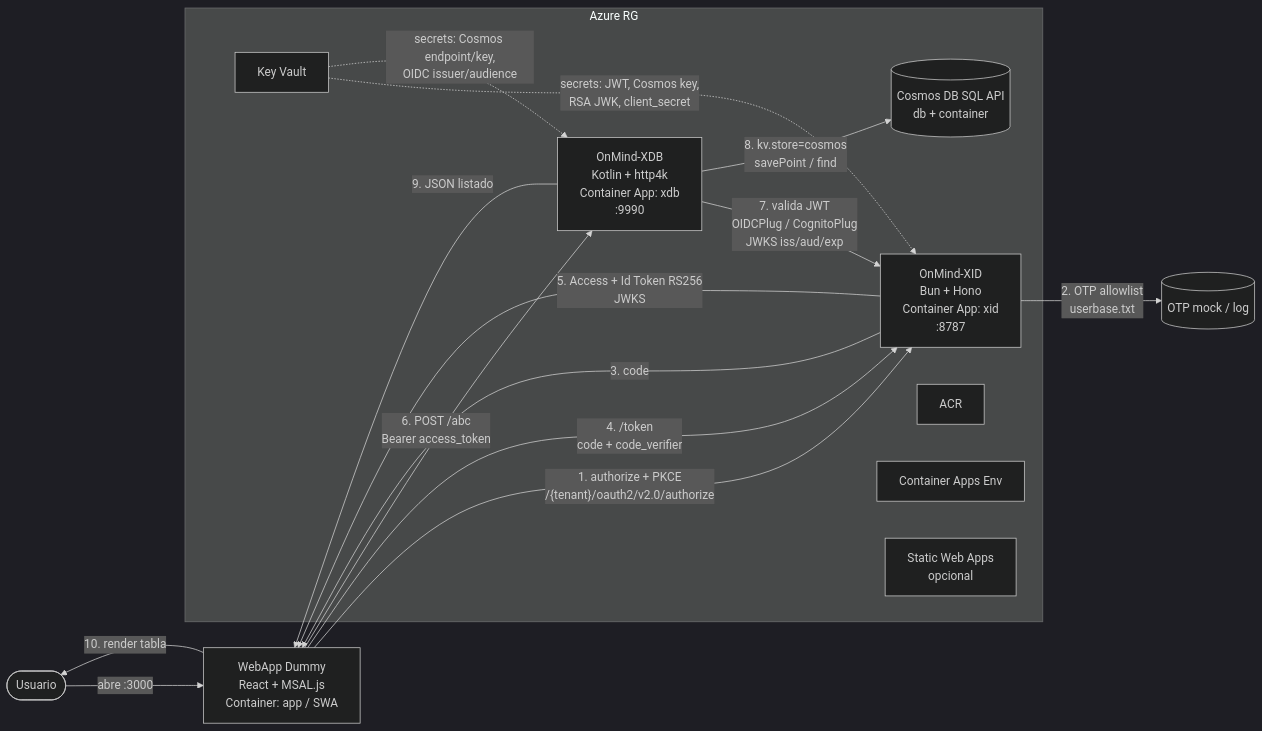
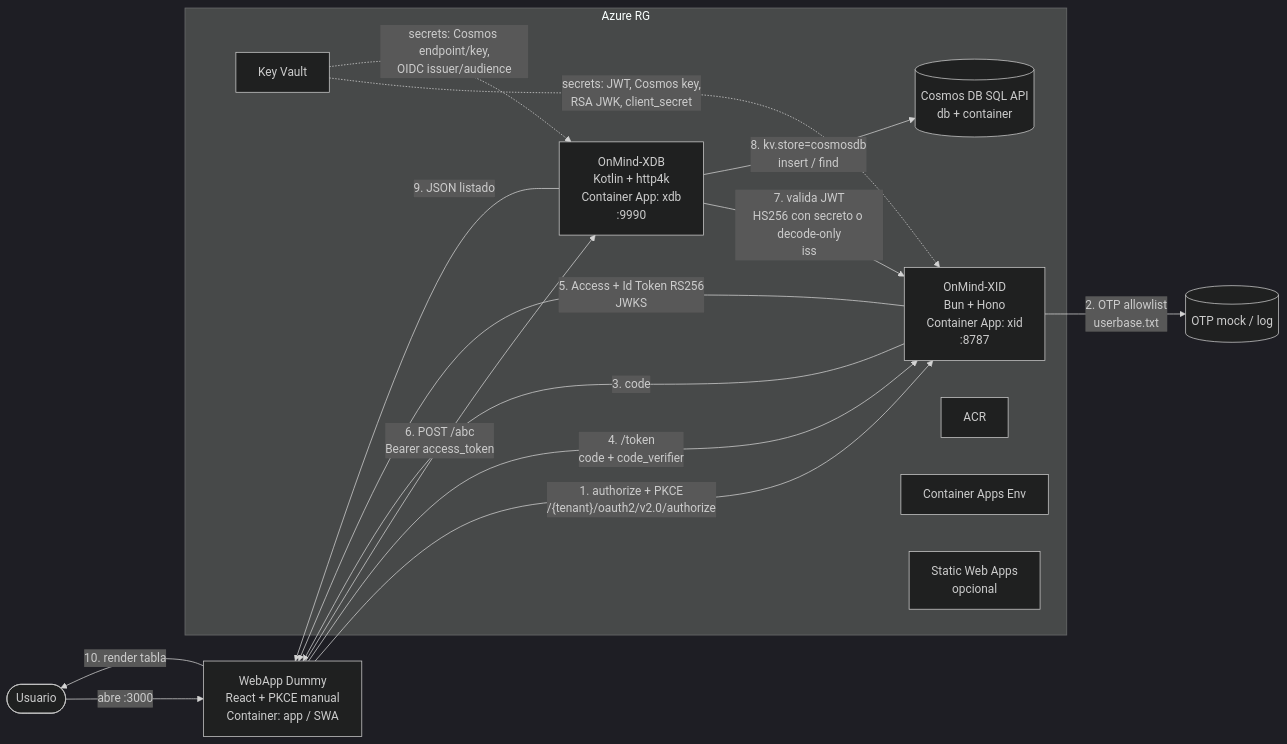
The diagram in docs/arquitectura.md (kaesar/cicddemoaz), drawn with Mermaid (dark theme) before and after one commit. The commit also changed other lines of this file and 17 other files, not shown here.

Commit message:
v0.1.0 Demo-App to check OAuth2 + PKCE, Microservice access and Pipeline with Azure Cloud & DevOps

````diff
--- a/docs/arquitectura.md
+++ b/docs/arquitectura.md
@@ -5,26 +5,26 @@
 ```mermaid
 flowchart LR
-  User([Usuario]) -->|"abre :3000"| WebApp["WebApp Dummy<br/>React + MSAL.js<br/>Container: app / SWA"]
+  User([Usuario]) -->|"abre :3000"| WebApp["WebApp Dummy<br/>React + PKCE manual<br/>Container: app / SWA"]
   WebApp -->|"1. authorize + PKCE<br/>/{tenant}/oauth2/v2.0/authorize"| XID["OnMind-XID<br/>Bun + Hono<br/>Container App: xid<br/>:8787"]
   XID -->|"2. OTP allowlist<br/>userbase.txt"| Mail[("OTP mock / log")]
   XID -->|"3. code"| WebApp
   WebApp -->|"4. /token<br/>code + code_verifier"| XID
   XID -->|"5. Access + Id Token RS256<br/>JWKS"| WebApp
   WebApp -->|"6. POST /abc<br/>Bearer access_token"| XDB["OnMind-XDB<br/>Kotlin + http4k<br/>Container App: xdb<br/>:9990"]
-  XDB -->|"7. valida JWT<br/>OIDCPlug / CognitoPlug<br/>JWKS iss/aud/exp"| XID
-  XDB -->|"8. kv.store=cosmos<br/>savePoint / find"| Cosmos[("Cosmos DB SQL API<br/>db + container")]
+  XDB -->|"7. valida JWT<br/>HS256 con secreto o decode-only<br/>iss"| XID
+  XDB -->|"8. kv.store=cosmosdb<br/>insert / find"| Cosmos[("Cosmos DB SQL API<br/>db + container")]
   XDB -->|"9. JSON listado"| WebApp
   WebApp -->|"10. render tabla"| User
 
   subgraph azure["Azure RG"]
     XID
     XDB
     Cosmos
     ACR["ACR"]
     KV["Key Vault"]
     CAE["Container Apps Env"]
     SWA["Static Web Apps<br/>opcional"]
   end
   KV -.->|"secrets: JWT, Cosmos key,<br/>RSA JWK, client_secret"| XID
   KV -.->|"secrets: Cosmos endpoint/key,<br/>OIDC issuer/audience"| XDB
 ```
````
